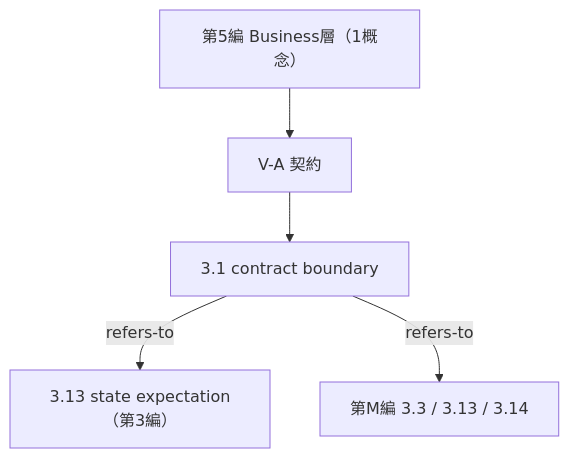
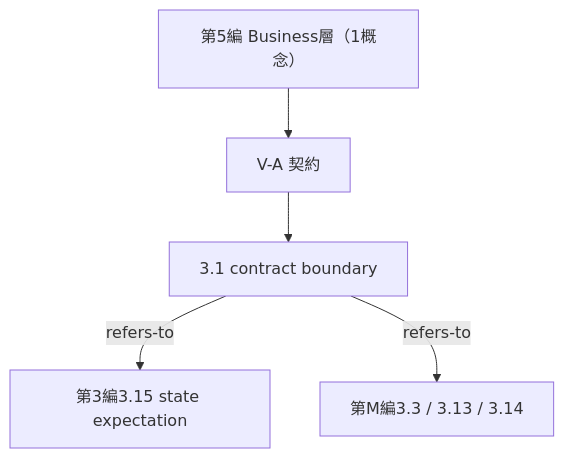
Before and after one commit to yuubae215/my-dictionary: the second of 2 diagrams in pilot/part5-business.md, drawn with Mermaid. The commit also changed other lines of this file and 8 other files, not shown here.

````diff
--- a/pilot/part5-business.md
+++ b/pilot/part5-business.md
@@ -94,8 +94,8 @@
 ```mermaid
 flowchart TB
     P5["第5編 Business層（1概念）"]
     P5 --> A["V-A 契約"]
     A --> A1["3.1 contract boundary"]
-    A1 -->|refers-to| S["3.13 state expectation（第3編）"]
-    A1 -->|refers-to| M["第M編 3.3 / 3.13 / 3.14"]
+    A1 -->|refers-to| S["第3編3.15 state expectation"]
+    A1 -->|refers-to| M["第M編3.3 / 3.13 / 3.14"]
 ```
````
